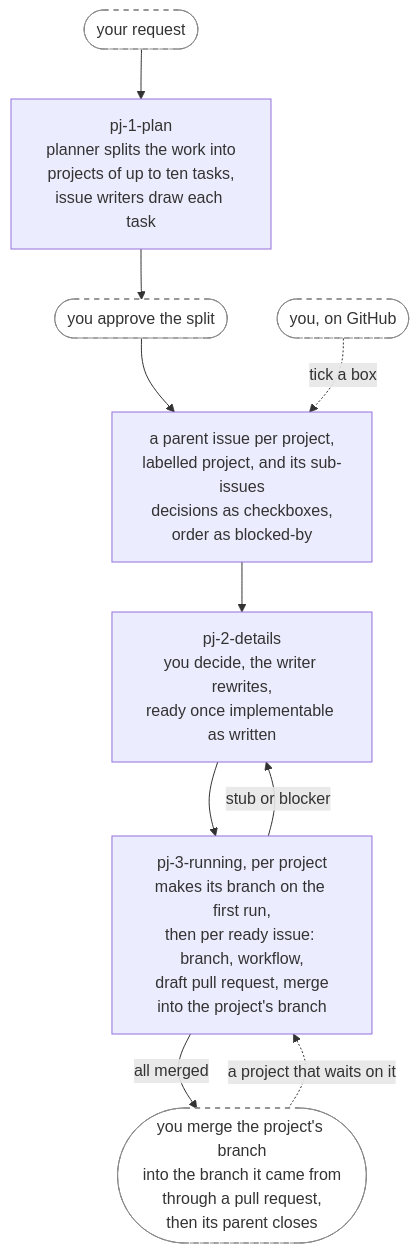
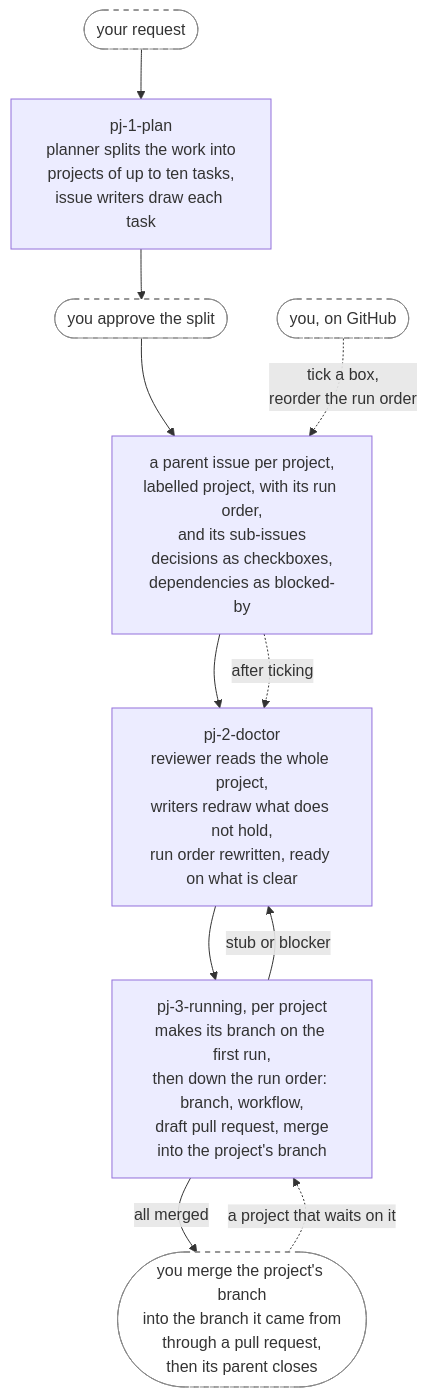
Before and after one commit to annetaan/claude-plugins: the second of 3 diagrams in plugins/annetaan/README.md, drawn with Mermaid. The commit also changed other lines of this file and 14 other files, not shown here.

First line of the commit message:
feat: replace pj-2-details with pj-2-doctor, and keep the run order in the parent (#14)

````diff
--- a/plugins/annetaan/README.md
+++ b/plugins/annetaan/README.md
@@ -141,15 +146,16 @@
 ```mermaid
 flowchart TD
     req(["your request"]) --> plan["pj-1-plan<br/>planner splits the work into<br/>projects of up to ten tasks,<br/>issue writers draw each task"]
-    plan --> approve(["you approve the split"]) --> filed["a parent issue per project,<br/>labelled project, and its sub-issues<br/>decisions as checkboxes,<br/>order as blocked-by"]
-    filed --> details["pj-2-details<br/>you decide, the writer rewrites,<br/>ready once implementable as written"]
-    details --> run["pj-3-running, per project<br/>makes its branch on the first run,<br/>then per ready issue: branch, workflow,<br/>draft pull request, merge<br/>into the project's branch"]
-    run -->|"stub or blocker"| details
+    plan --> approve(["you approve the split"]) --> filed["a parent issue per project,<br/>labelled project, with its run order,<br/>and its sub-issues<br/>decisions as checkboxes,<br/>dependencies as blocked-by"]
+    filed --> doctor["pj-2-doctor<br/>reviewer reads the whole project,<br/>writers redraw what does not hold,<br/>run order rewritten, ready on what is clear"]
+    doctor --> run["pj-3-running, per project<br/>makes its branch on the first run,<br/>then down the run order: branch, workflow,<br/>draft pull request, merge<br/>into the project's branch"]
+    run -->|"stub or blocker"| doctor
     run -->|"all merged"| done(["you merge the project's branch<br/>into the branch it came from<br/>through a pull request,<br/>then its parent closes"])
     done -.->|"a project that waits on it"| run
 
-    you(["you, on GitHub"]) -.->|"tick a box"| filed
+    you(["you, on GitHub"]) -.->|"tick a box,<br/>reorder the run order"| filed
+    filed -.->|"after ticking"| doctor
 
     classDef human fill:#fff,stroke:#888,stroke-dasharray: 5 5
     class req,approve,you,done human
 ```
````
